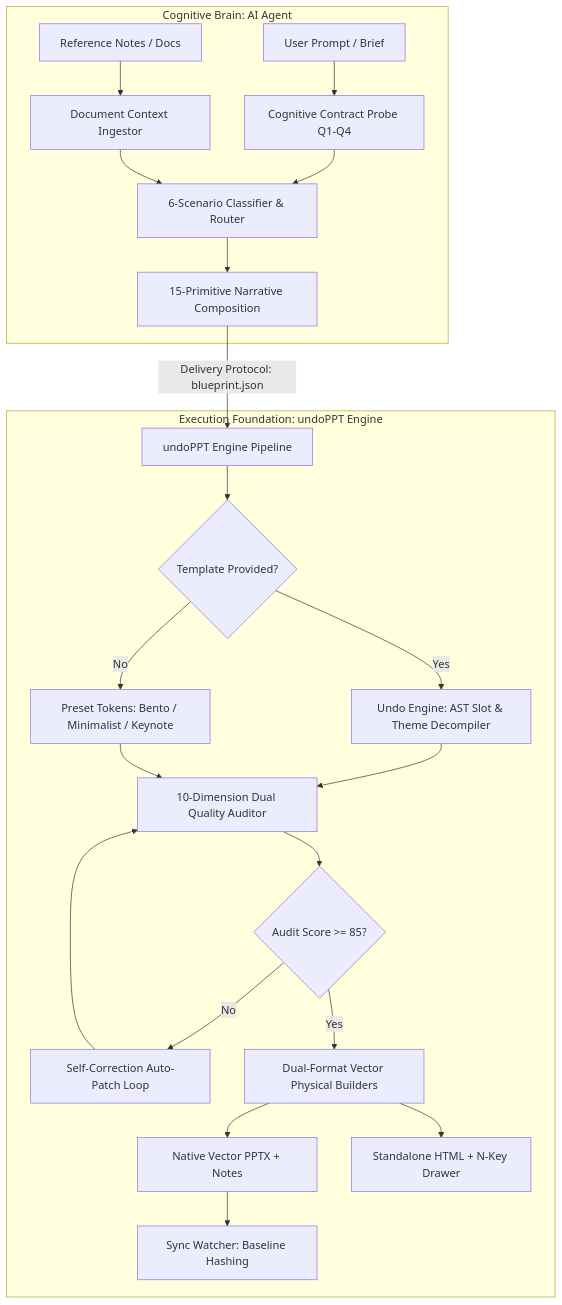
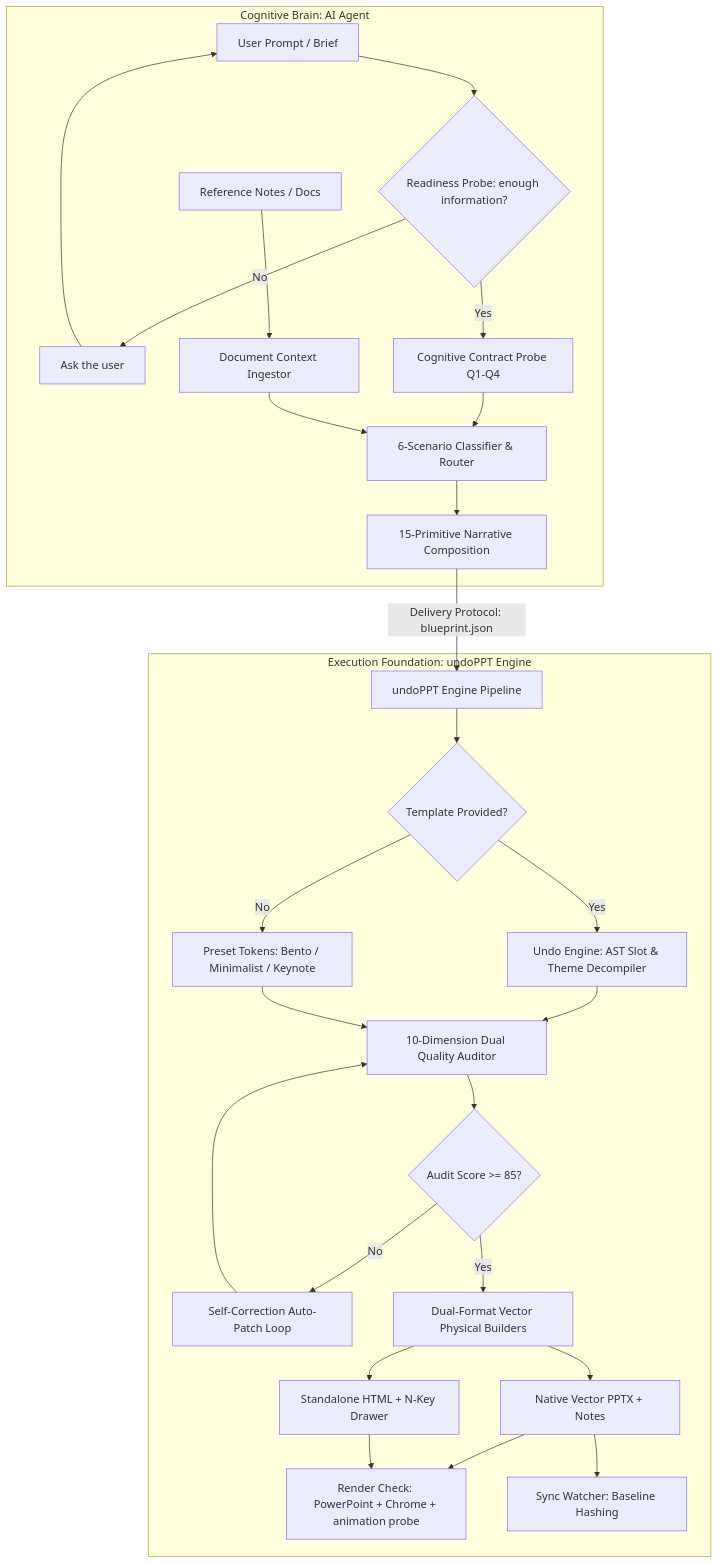
The diagram in docs/en/architecture.md (kts-kris/undoPPT), drawn with Mermaid before and after one commit. The commit also changed other lines of this file and 15 other files, not shown here.

````diff
--- a/docs/en/architecture.md
+++ b/docs/en/architecture.md
@@ -15,27 +15,31 @@
 ```mermaid
 flowchart TD
     subgraph CognitiveLayer [Cognitive Brain: AI Agent]
-        A[User Prompt / Brief] --> B[Cognitive Contract Probe Q1-Q4]
+        A[User Prompt / Brief] --> R{Readiness Probe: enough information?}
+        R -- No --> Q[Ask the user] --> A
+        R -- Yes --> B[Cognitive Contract Probe Q1-Q4]
         C[Reference Notes / Docs] --> D[Document Context Ingestor]
         B --> E[6-Scenario Classifier & Router]
         D --> E
         E --> F[15-Primitive Narrative Composition]
     end
 
     F -->|Delivery Protocol: blueprint.json| G[undoPPT Engine Pipeline]
 
     subgraph EngineLayer [Execution Foundation: undoPPT Engine]
         G --> H{Template Provided?}
         H -- Yes --> I[Undo Engine: AST Slot & Theme Decompiler]
         H -- No --> J[Preset Tokens: Bento / Minimalist / Keynote]
         I --> K[10-Dimension Dual Quality Auditor]
         J --> K
         K --> L{Audit Score >= 85?}
         L -- No --> M[Self-Correction Auto-Patch Loop]
         M --> K
         L -- Yes --> N[Dual-Format Vector Physical Builders]
         N --> O1[Native Vector PPTX + Notes]
         N --> O2[Standalone HTML + N-Key Drawer]
+        O1 --> V[Render Check: PowerPoint + Chrome + animation probe]
+        O2 --> V
         O1 --> P[Sync Watcher: Baseline Hashing]
     end
 ```
````
